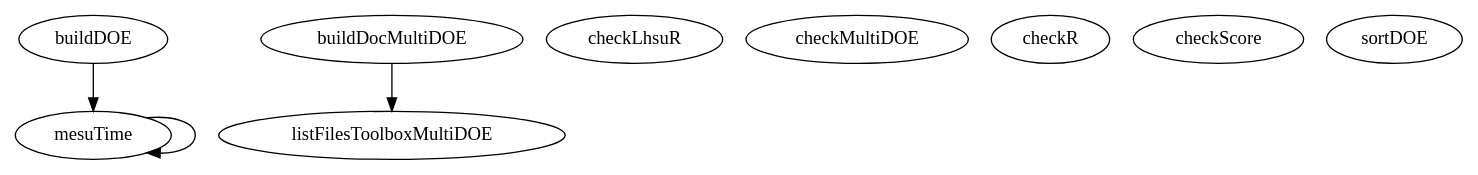
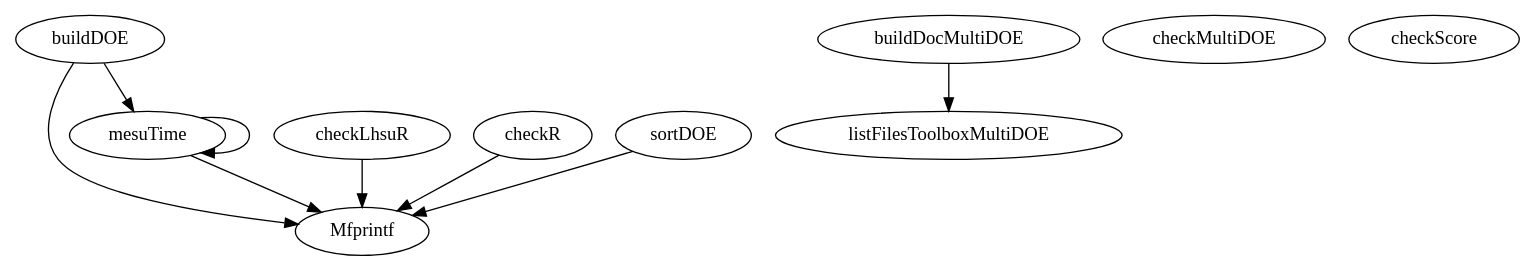
One commit to luclaurent/MultiDOE changed the diagram in doc/MultiDOE/src/various/graph.dot. Above: the diagram before and after it, drawn with Graphviz. The commit also changed 69 other files, not shown here.

```diff
--- a/doc/MultiDOE/src/various/graph.dot
+++ b/doc/MultiDOE/src/various/graph.dot
@@ -1,16 +1,22 @@
 /* Created by mdot for Matlab */
 digraph m2html {
+  buildDOE -> Mfprintf;
   buildDOE -> mesuTime;
   buildDocMultiDOE -> listFilesToolboxMultiDOE;
+  checkLhsuR -> Mfprintf;
+  checkR -> Mfprintf;
+  mesuTime -> Mfprintf;
   mesuTime -> mesuTime;
+  sortDOE -> Mfprintf;
 
+  Mfprintf [URL="Mfprintf.html"];
   buildDOE [URL="buildDOE.html"];
   buildDocMultiDOE [URL="buildDocMultiDOE.html"];
   checkLhsuR [URL="checkLhsuR.html"];
   checkMultiDOE [URL="checkMultiDOE.html"];
   checkR [URL="checkR.html"];
   checkScore [URL="checkScore.html"];
   listFilesToolboxMultiDOE [URL="listFilesToolboxMultiDOE.html"];
   mesuTime [URL="mesuTime.html"];
   sortDOE [URL="sortDOE.html"];
 }
```
